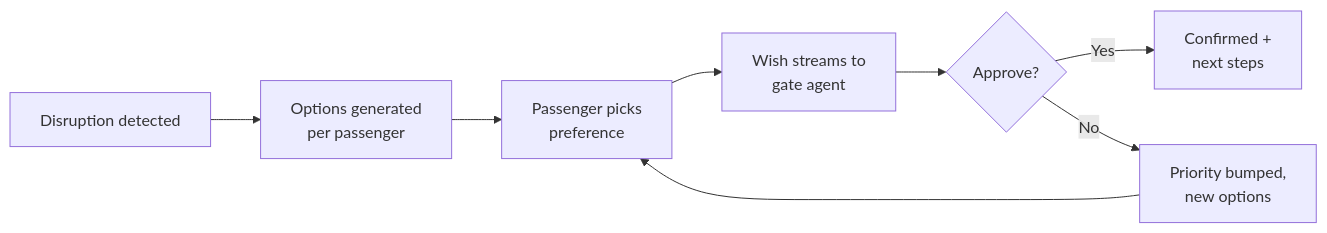
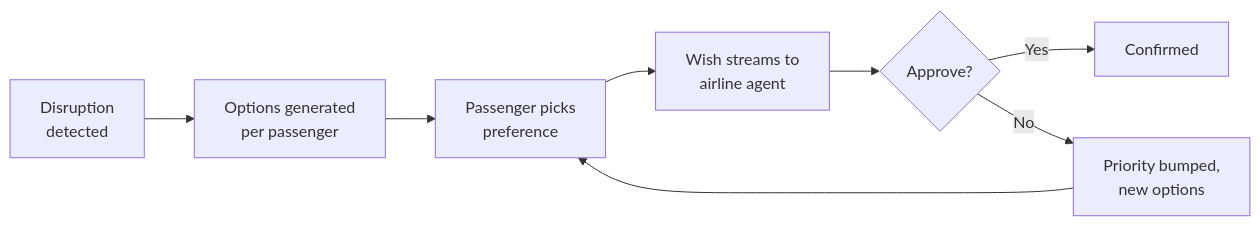
One commit to sussdorff/soft-landing changed the first of 2 diagrams in deck/slides.md. Above: the diagram before and after it, drawn with Mermaid. The commit also changed other lines of this file and 8 other files, not shown here.

````diff
--- a/deck/slides.md
+++ b/deck/slides.md
@@ -55,10 +95,10 @@
 ```mermaid {scale: 0.7}
 graph LR
-    A["Disruption detected"] --> B["Options generated<br/>per passenger"]
+    A["Disruption<br/>detected"] --> B["Options generated<br/>per passenger"]
     B --> C["Passenger picks<br/>preference"]
-    C --> D["Wish streams to<br/>gate agent"]
+    C --> D["Wish streams to<br/>airline agent"]
     D --> E{Approve?}
-    E -->|Yes| F["Confirmed +<br/>next steps"]
+    E -->|Yes| F["Confirmed"]
     E -->|No| G["Priority bumped,<br/>new options"]
     G --> C
 ```
````
